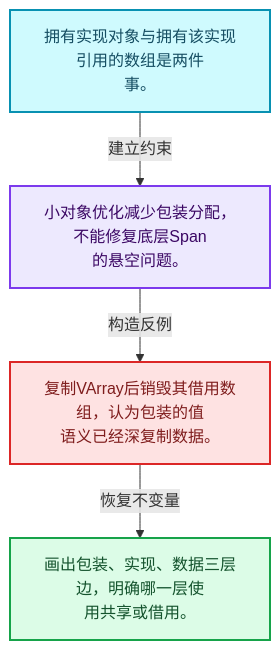
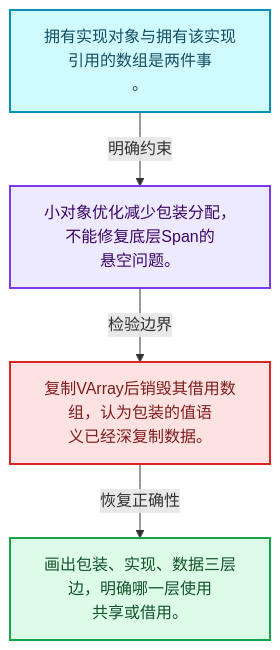
One commit to yunkezengren/blender-.vscode changed the first of 4 diagrams in 杂/markdown/全面学习-codex/04-虚拟数组与索引选择/04-所有权与小对象优化.md. Above: the diagram before and after it, drawn with Mermaid. The commit also changed other lines of this file and 1930 other files, not shown here.

````diff
--- a/杂/markdown/全面学习-codex/04-虚拟数组与索引选择/04-所有权与小对象优化.md
+++ b/杂/markdown/全面学习-codex/04-虚拟数组与索引选择/04-所有权与小对象优化.md
@@ -29,16 +29,16 @@
 ```mermaid
 flowchart TB
-  M["拥有实现对象与拥有该实现引用的数组是两件<br/>事。"]:::data
-  T["小对象优化减少包装分配，不能修复底层Span<br/>的悬空问题。"]:::abstraction
-  X["复制VArray后销毁其借用数组，认为包装的值<br/>语义已经深复制数据。"]:::error
-  A["画出包装、实现、数据三层边，明确哪一层使<br/>用共享或借用。"]:::result
-  M -->|"建立约束"| T
-  T -->|"构造反例"| X
-  X -->|"恢复不变量"| A
+  M["拥有实现对象与拥有该实现引用的数组是两件事<br/>。"]:::data
+  C["小对象优化减少包装分配，不能修复底层Span的<br/>悬空问题。"]:::abstraction
+  B["复制VArray后销毁其借用数组，认为包装的值语<br/>义已经深复制数据。"]:::error
+  R["画出包装、实现、数据三层边，明确哪一层使用<br/>共享或借用。"]:::result
+  M -->|"明确约束"| C
+  C -->|"检验边界"| B
+  B -->|"恢复正确性"| R
   classDef input fill:#DBEAFE,stroke:#2563EB,color:#172554,stroke-width:2px;
   classDef data fill:#CFFAFE,stroke:#0891B2,color:#164E63,stroke-width:2px;
   classDef abstraction fill:#EDE9FE,stroke:#7C3AED,color:#3B0764,stroke-width:2px;
   classDef compute fill:#FEF3C7,stroke:#D97706,color:#78350F,stroke-width:2px;
   classDef result fill:#DCFCE7,stroke:#16A34A,color:#14532D,stroke-width:2px;
   classDef error fill:#FEE2E2,stroke:#DC2626,color:#7F1D1D,stroke-width:2px;
 ```
````
